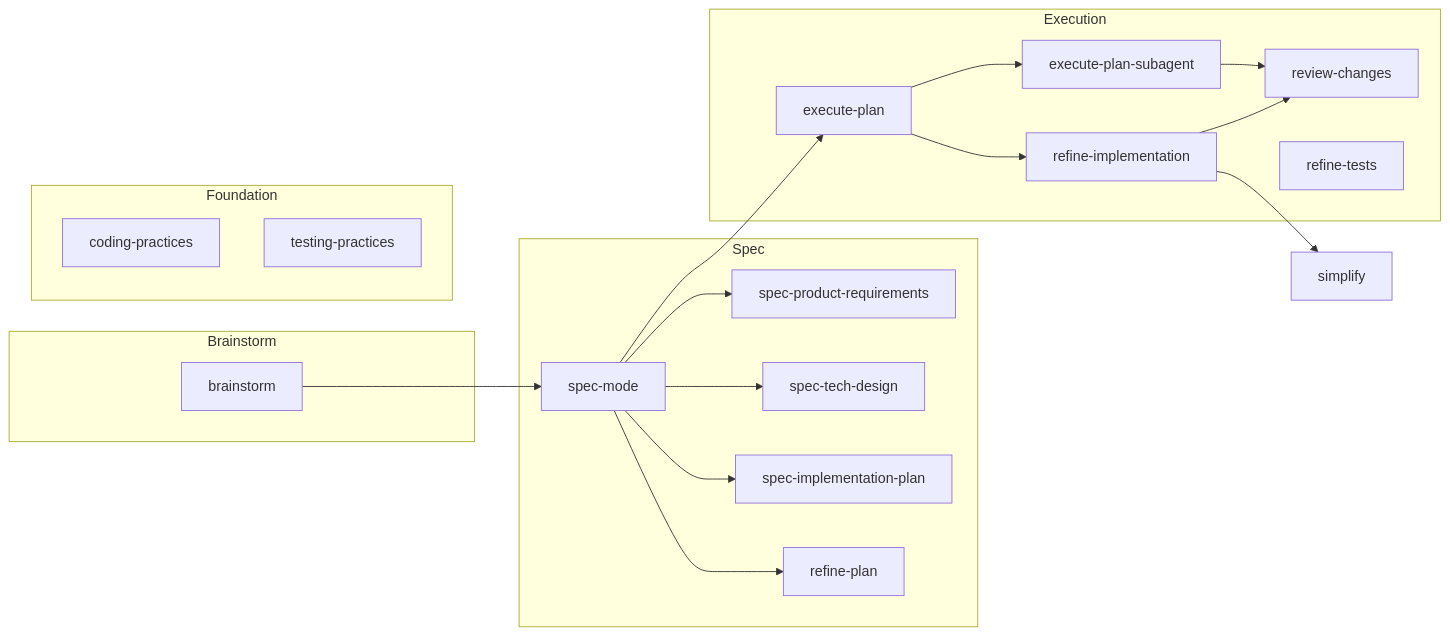
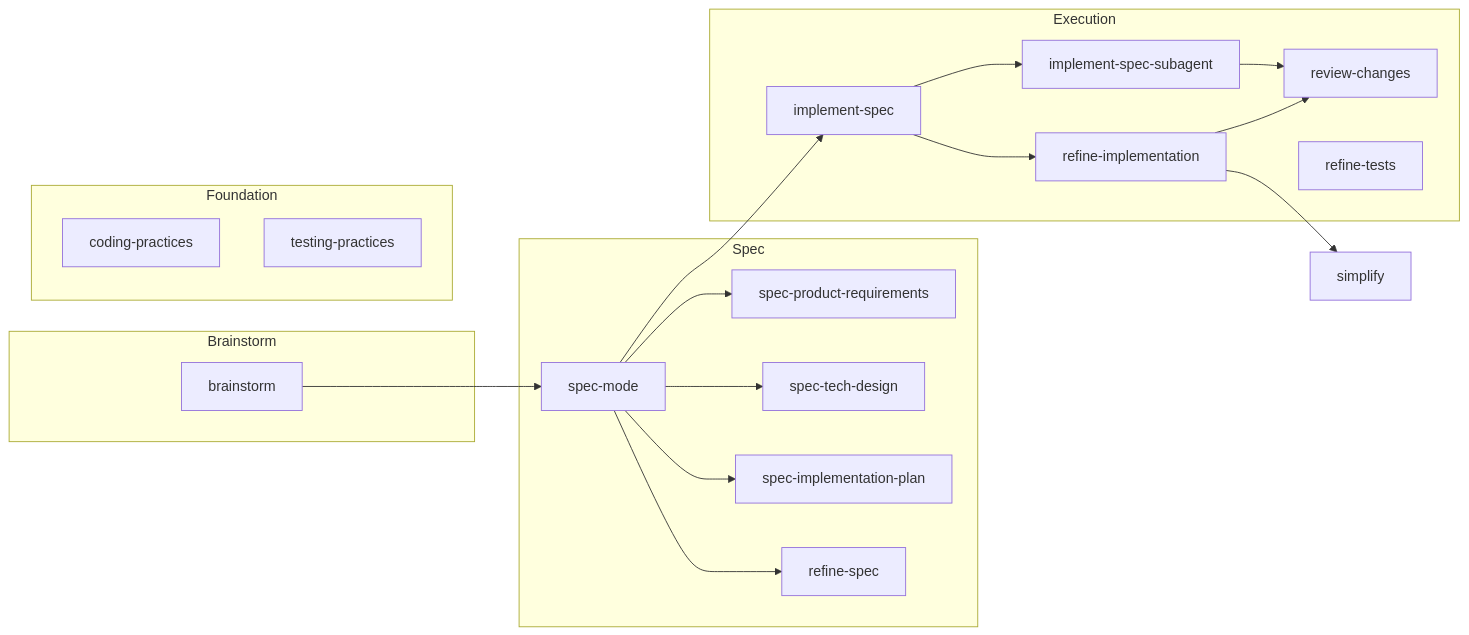
Before and after one commit to rstacruz/agentic-toolkit: the diagram in docs/skills.md, drawn with Mermaid. The commit also changed other lines of this file and 11 other files, not shown here.

Commit message:
refactor: rename plan to spec throughout skills

````diff
--- a/docs/skills.md
+++ b/docs/skills.md
@@ -5,36 +5,36 @@
 ```mermaid
 graph LR
   brainstorm --> specmode["spec-mode"]
   specmode --> specprod["spec-product-requirements"]
   specmode --> spectech["spec-tech-design"]
   specmode --> specimpl["spec-implementation-plan"]
-  specmode --> refineplan["refine-plan"]
-  specmode --> execplan["execute-plan"]
-  execplan --> execsubagent["execute-plan-subagent"]
-  execplan --> refineimpl
-  execsubagent --> reviewchanges["review-changes"]
+  specmode --> refinespec["refine-spec"]
+  specmode --> implspec["implement-spec"]
+  implspec --> implsubagent["implement-spec-subagent"]
+  implspec --> refineimpl
+  implsubagent --> reviewchanges["review-changes"]
   refineimpl["refine-implementation"] --> reviewchanges
   refineimpl --> simplify["simplify"]
 
   subgraph Brainstorm
     brainstorm
   end
   subgraph Spec
     specmode
     specprod
     spectech
     specimpl
-    refineplan
+    refinespec
   end
   subgraph Execution
-    execplan
-    execsubagent
+    implspec
+    implsubagent
     refineimpl
     reviewchanges
     refinetests["refine-tests"]
   end
   subgraph Foundation
     codingpractices["coding-practices"]
     testingpractices["testing-practices"]
   end
 ```
````
